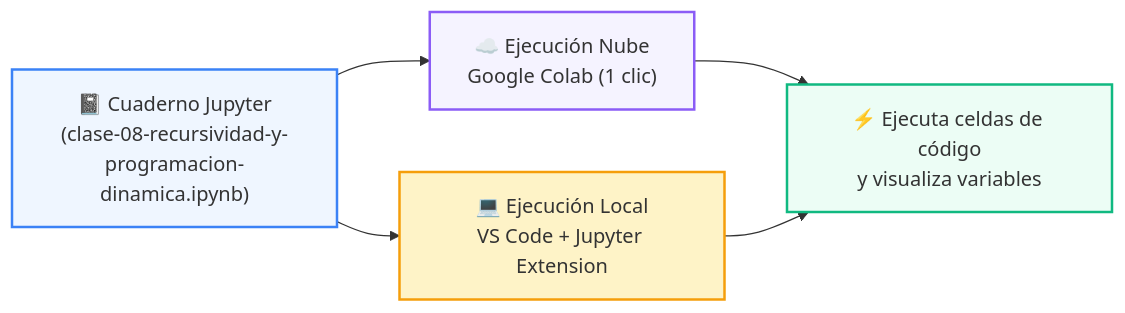
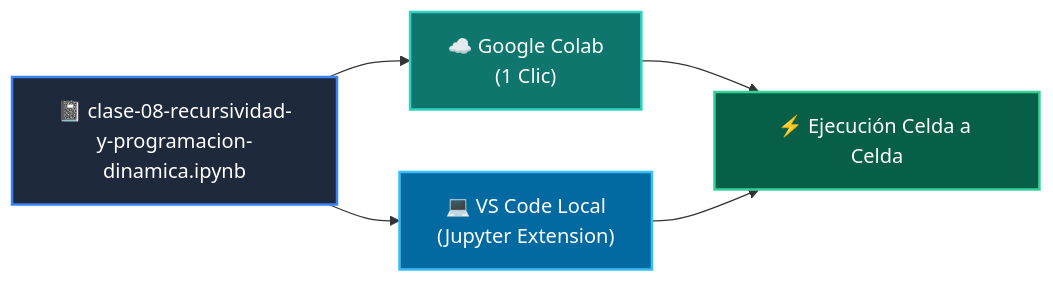
Before and after one commit to wisrovi/wisrovi-python: the diagram in 02-algoritmos-estructuras/clase-08-recursividad-y-programacion-dinamica/notebook/README.md, drawn with Mermaid. The commit also changed other lines of this file and 271 other files, not shown here.

Commit message:
docs: rewrite all README.md files with bespoke topic-specific Mermaid diagrams and remove repetitive boilerplate

````diff
--- a/02-algoritmos-estructuras/clase-08-recursividad-y-programacion-dinamica/notebook/README.md
+++ b/02-algoritmos-estructuras/clase-08-recursividad-y-programacion-dinamica/notebook/README.md
@@ -14,12 +12,12 @@
 ```mermaid
 flowchart LR
-    NB["📓 Cuaderno Jupyter<br/>(clase-08-recursividad-y-programacion-dinamica.ipynb)"] --> COLAB["☁️ Ejecución Nube<br/>Google Colab (1 clic)"]
-    NB --> LOCAL["💻 Ejecución Local<br/>VS Code + Jupyter Extension"]
-    COLAB --> RUN["⚡ Ejecuta celdas de código<br/>y visualiza variables"]
+    NB["📓 clase-08-recursividad-y-programacion-dinamica.ipynb"] --> COLAB["☁️ Google Colab<br/>(1 Clic)"]
+    NB --> LOCAL["💻 VS Code Local<br/>(Jupyter Extension)"]
+    COLAB --> RUN["⚡ Ejecución Celda a Celda"]
     LOCAL --> RUN
 
-    style NB fill:#eff6ff,stroke:#3b82f6,stroke-width:2px
-    style COLAB fill:#f5f3ff,stroke:#8b5cf6,stroke-width:2px
-    style LOCAL fill:#fef3c7,stroke:#f59e0b,stroke-width:2px
-    style RUN fill:#ecfdf5,stroke:#10b981,stroke-width:2px
+    style NB fill:#1e293b,color:#fff,stroke:#3b82f6,stroke-width:2px
+    style COLAB fill:#0f766e,color:#fff,stroke:#2dd4bf,stroke-width:2px
+    style LOCAL fill:#0369a1,color:#fff,stroke:#38bdf8,stroke-width:2px
+    style RUN fill:#065f46,color:#fff,stroke:#34d399,stroke-width:2px
 ```
````
